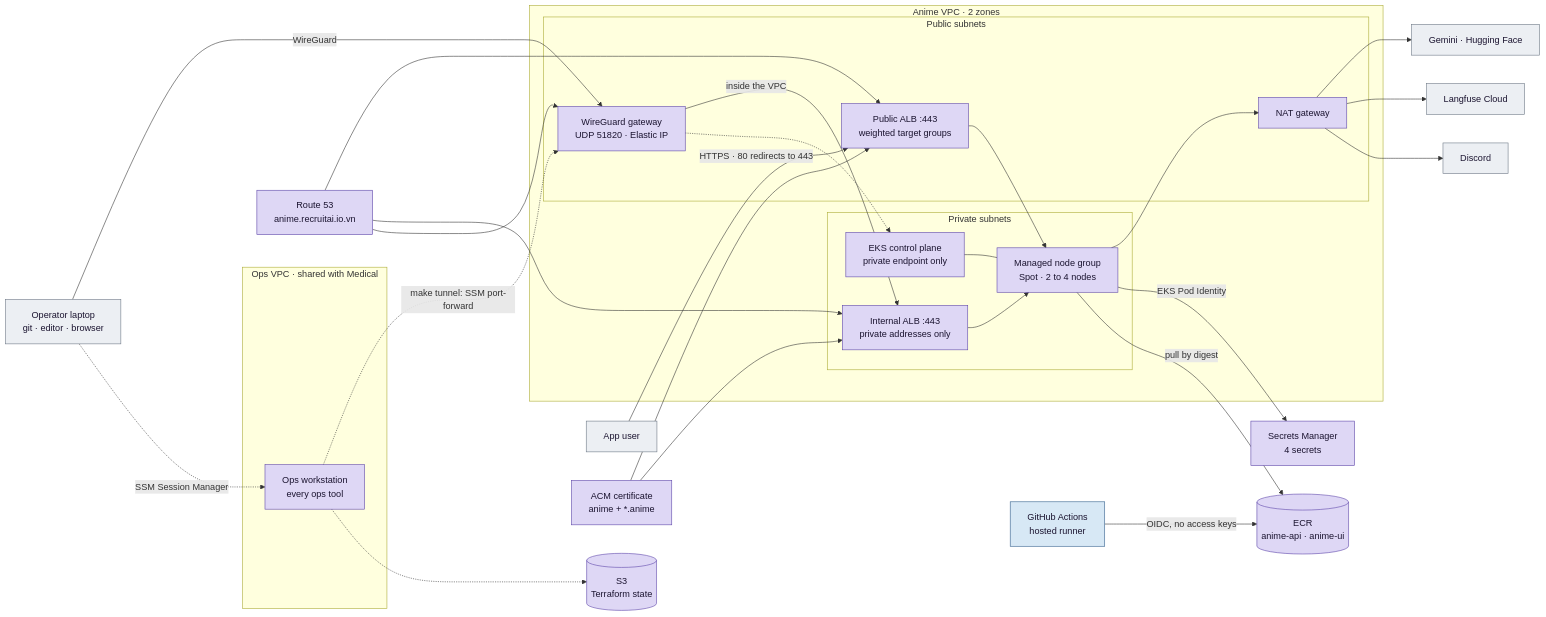
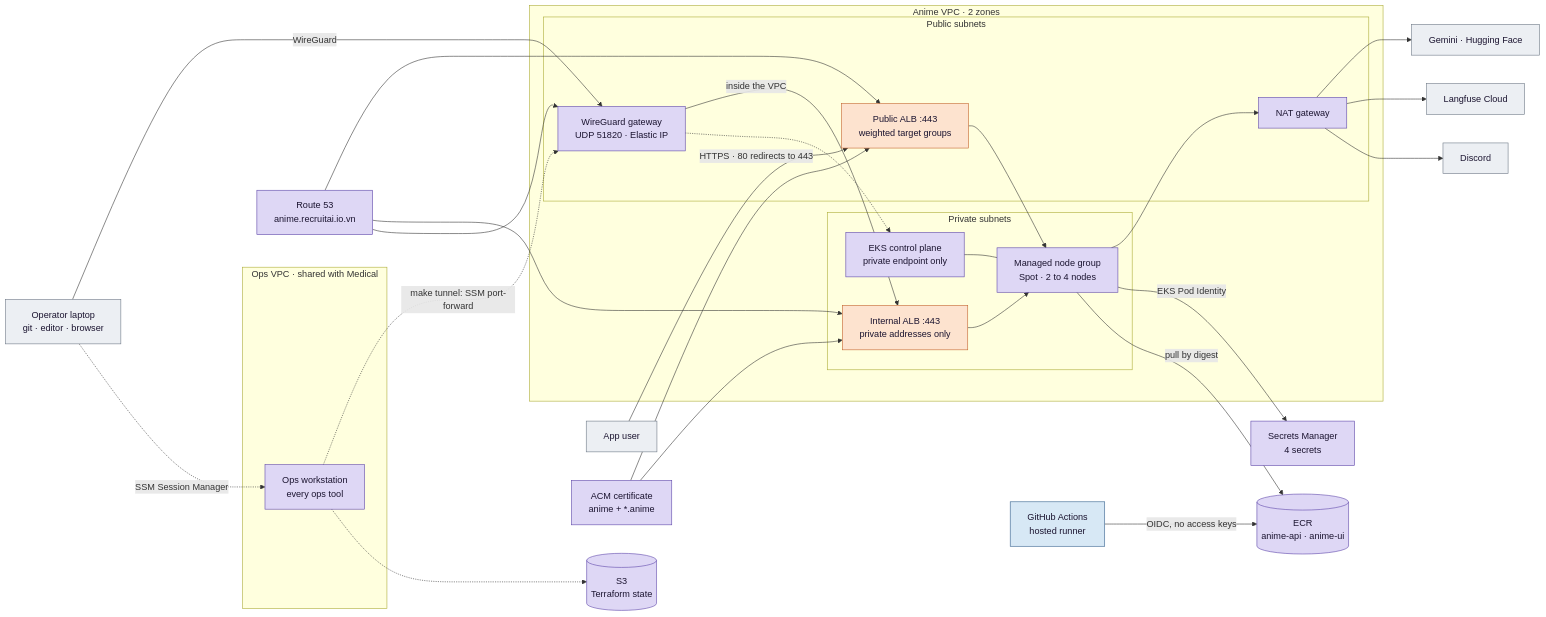
Before and after one commit to biabeogo147/Anime-Recommender: the first of 4 diagrams in README.md, drawn with Mermaid. The commit also changed other lines of this file and 17 other files, not shown here.

````diff
--- a/README.md
+++ b/README.md
@@ -63,54 +63,56 @@
 ```mermaid
 flowchart LR
     USER["App user"]
     OP["Operator laptop<br/>git · editor · browser"]
     GHA["GitHub Actions<br/>hosted runner"]
 
     subgraph OPSVPC["Ops VPC · shared with Medical"]
         WS["Ops workstation<br/>every ops tool"]
     end
 
     subgraph VPC["Anime VPC · 2 zones"]
         subgraph PUB["Public subnets"]
             ALB["Public ALB :443<br/>weighted target groups"]
             WG["WireGuard gateway<br/>UDP 51820 · Elastic IP"]
             NAT["NAT gateway"]
         end
         subgraph PRIV["Private subnets"]
             IALB["Internal ALB :443<br/>private addresses only"]
             EKSCP["EKS control plane<br/>private endpoint only"]
             NODES["Managed node group<br/>Spot · 2 to 4 nodes"]
         end
     end
 
     R53["Route 53<br/>anime.recruitai.io.vn"]
     ACM["ACM certificate<br/>anime + *.anime"]
     ECR[("ECR<br/>anime-api · anime-ui")]
     SM["Secrets Manager<br/>4 secrets"]
     S3[("S3<br/>Terraform state")]
     EXT["Gemini · Hugging Face"]
     LF["Langfuse Cloud"]
     DIS["Discord"]
 
     USER -->|"HTTPS · 80 redirects to 443"| ALB --> NODES
     OP -->|"WireGuard"| WG -->|"inside the VPC"| IALB --> NODES
     OP -.->|"SSM Session Manager"| WS
     WS -.->|"make tunnel: SSM port-forward"| WG -.-> EKSCP
     R53 --> ALB & IALB & WG
     ACM --> ALB & IALB
     EKSCP --- NODES
     NODES --> NAT --> EXT
     NAT --> LF
     NAT --> DIS
     NODES -->|"EKS Pod Identity"| SM
     NODES -->|"pull by digest"| ECR
     GHA -->|"OIDC, no access keys"| ECR
     WS -.-> S3
 
     classDef tf fill:#ded7f5,stroke:#5b43a8,color:#1b1430;
     classDef gha fill:#d7e8f5,stroke:#2f5d8a,color:#1b1430;
+    classDef argo fill:#fde3cf,stroke:#c2602a,color:#1b1430;
     classDef ext fill:#eceff3,stroke:#6b7684,color:#1b1430;
-    class WS,ALB,IALB,WG,NAT,EKSCP,NODES,ECR,SM,S3,R53,ACM tf
+    class WS,WG,NAT,EKSCP,NODES,ECR,SM,S3,R53,ACM tf
+    class ALB,IALB argo
     class GHA gha
     class USER,OP,EXT,LF,DIS ext
 ```
````
